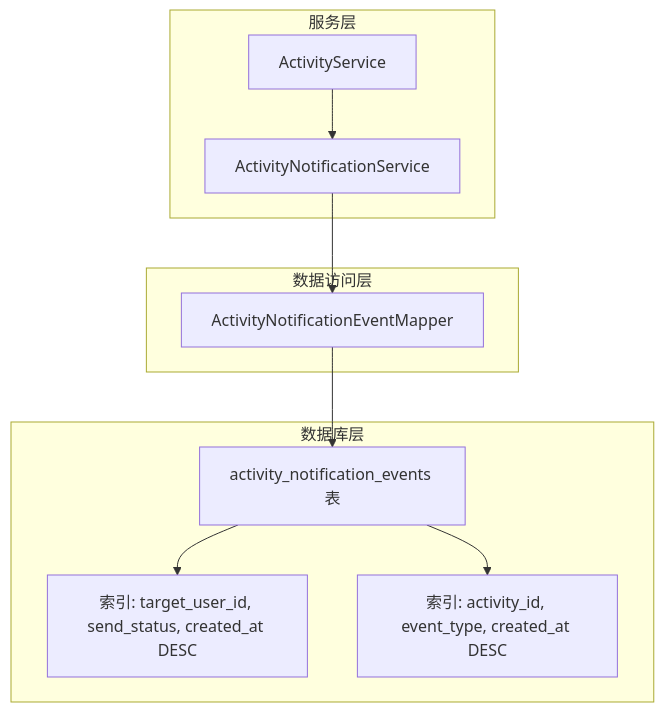
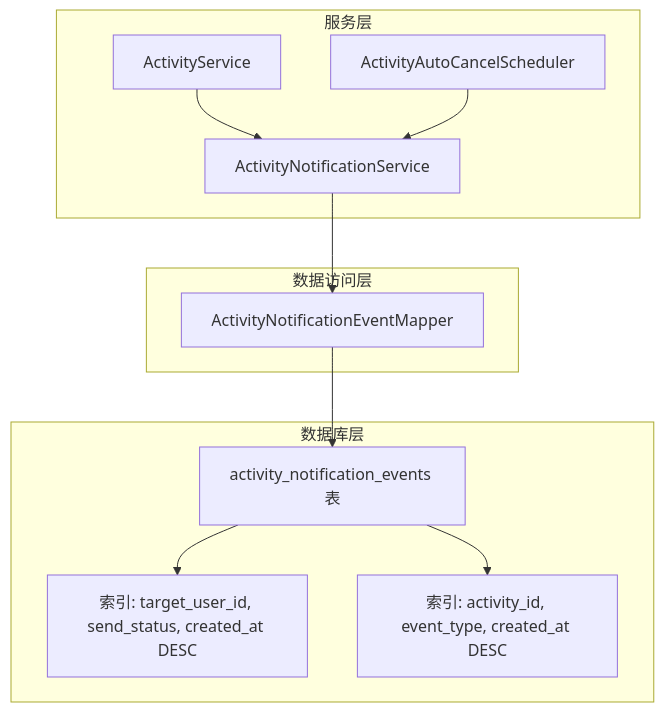
The first of 6 diagrams in .qoder/repowiki/zh/content/数据库设计/数据库架构/通知事件表.md (cwxiao/zugeju), drawn with Mermaid before and after one commit. The commit also changed other lines of this file and 72 other files, not shown here.

First line of the commit message:
前端：将UI资源装饰图融入各页面，提升视觉丰富度

````diff
--- a/.qoder/repowiki/zh/content/数据库设计/数据库架构/通知事件表.md
+++ b/.qoder/repowiki/zh/content/数据库设计/数据库架构/通知事件表.md
@@ -36,20 +44,22 @@
 ```mermaid
 graph TB
 subgraph "数据库层"
 TBL["activity_notification_events 表"]
 IDX1["索引: target_user_id, send_status, created_at DESC"]
 IDX2["索引: activity_id, event_type, created_at DESC"]
 end
 subgraph "服务层"
 SVC["ActivityNotificationService"]
 ACTSVC["ActivityService"]
+AUTOSCHED["ActivityAutoCancelScheduler"]
 end
 subgraph "数据访问层"
 MAP["ActivityNotificationEventMapper"]
 end
 ACTSVC --> SVC
+AUTOSCHED --> SVC
 SVC --> MAP
 MAP --> TBL
 TBL --> IDX1
 TBL --> IDX2
 ```
````
